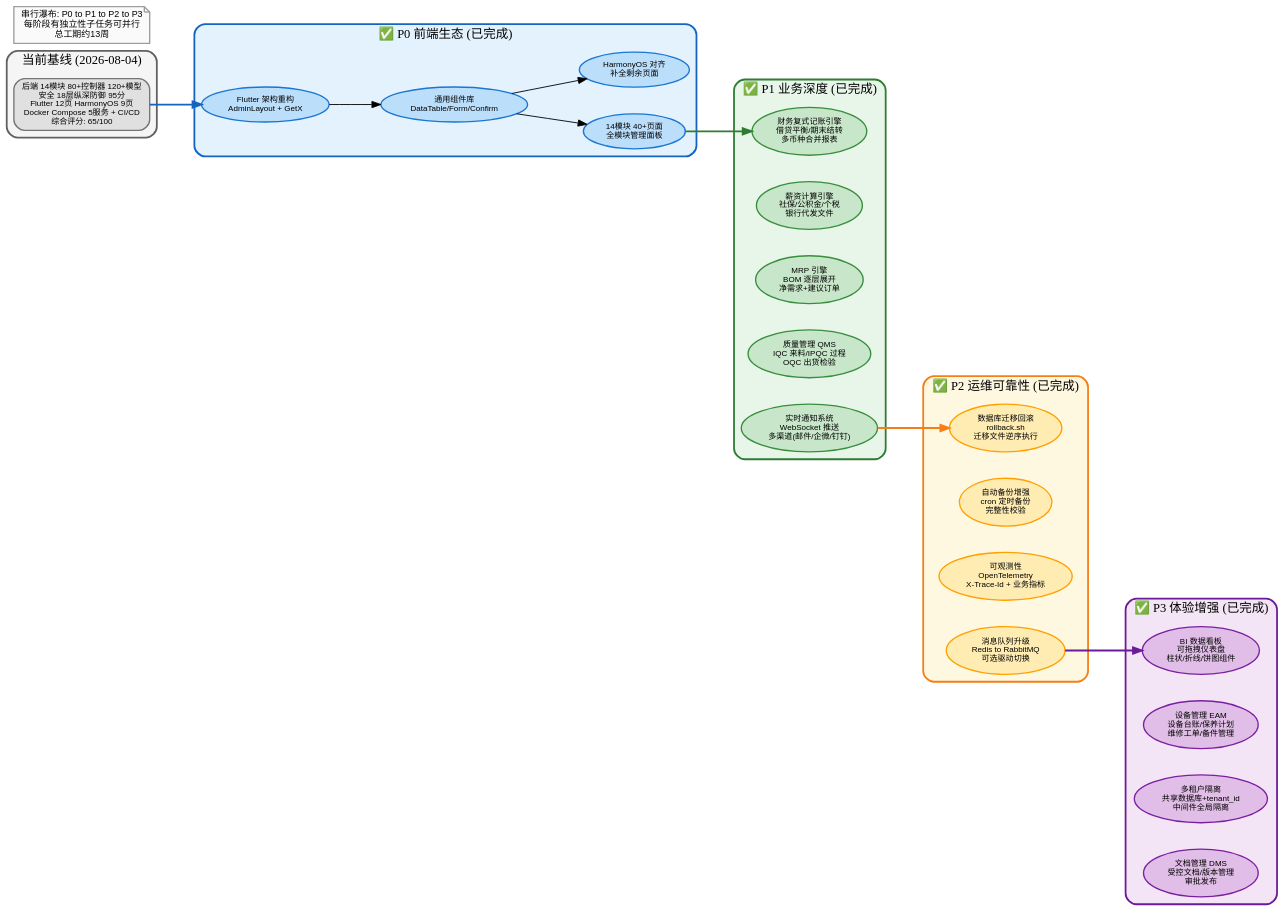
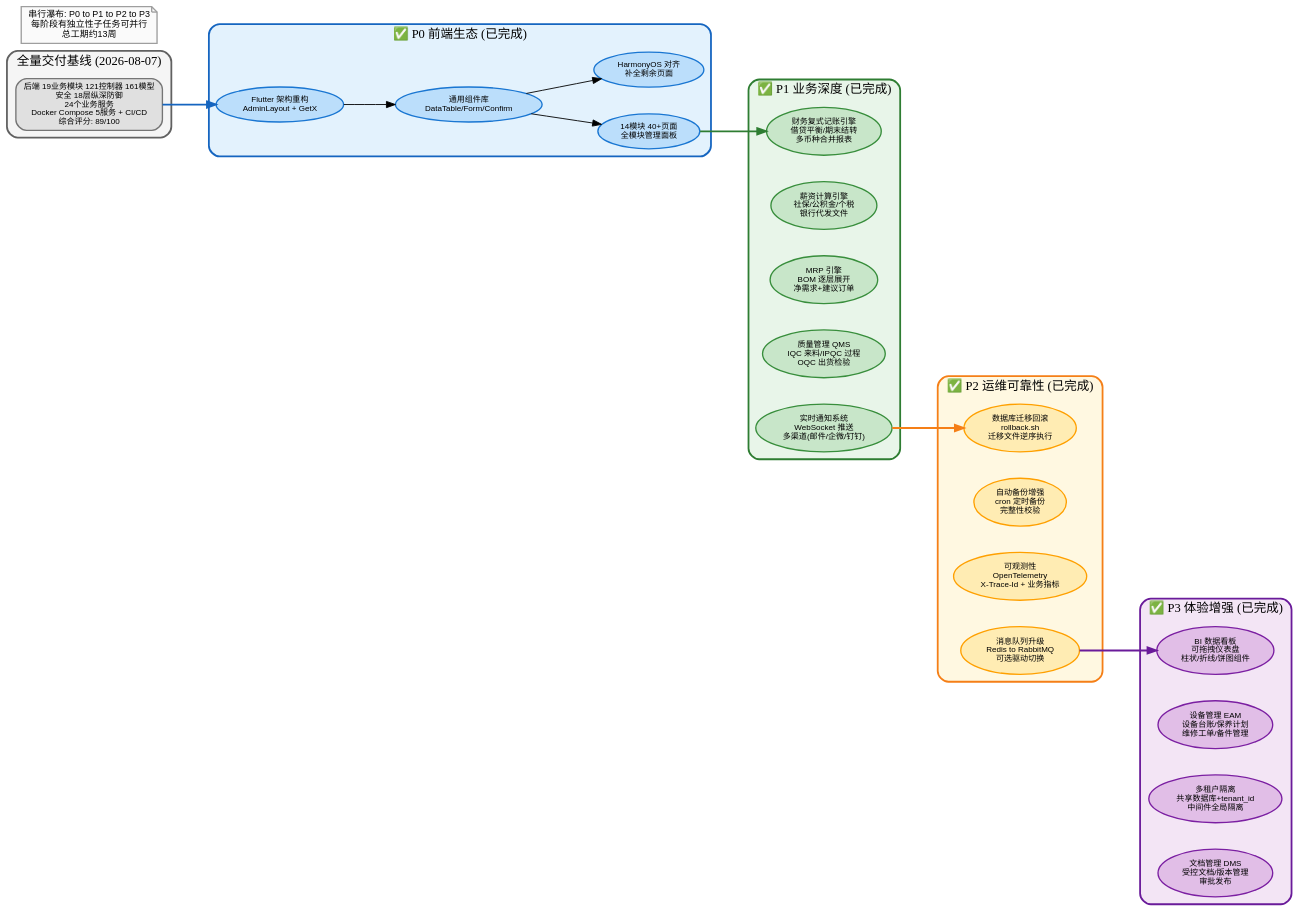
The diagram in docs/diagrams/roadmap-phases-cn.dot (erikwang2013/erp-php), drawn with Graphviz before and after one commit. The commit also changed 88 other files, not shown here.

```diff
--- a/docs/diagrams/roadmap-phases-cn.dot
+++ b/docs/diagrams/roadmap-phases-cn.dot
@@ -1,72 +1,72 @@
 digraph RoadmapPhasesCN {
     rankdir=LR;
     fontname="Arial";
     fontsize=14;
     bgcolor="transparent";
     nodesep=0.4;
     ranksep=0.8;
     compound=true;
 
     node [fontname="Arial", fontsize=10, style="filled,rounded", penwidth=1.5];
 
     subgraph cluster_p0 {
         label="✅ P0 前端生态 (已完成)";
         fontsize=14; fontname="Arial Bold";
         style="filled,rounded"; fillcolor="#e3f2fd"; color="#1565c0"; penwidth=2;
         node [fillcolor="#bbdefb", color="#1976d2", fontsize=9];
         p0a [label="Flutter 架构重构\nAdminLayout + GetX"];
         p0b [label="通用组件库\nDataTable/Form/Confirm"];
         p0c [label="14模块 40+页面\n全模块管理面板"];
         p0d [label="HarmonyOS 对齐\n补全剩余页面"];
         p0a -> p0b -> p0c; p0b -> p0d;
     }
 
     subgraph cluster_p1 {
         label="✅ P1 业务深度 (已完成)";
         fontsize=14; fontname="Arial Bold";
         style="filled,rounded"; fillcolor="#e8f5e9"; color="#2e7d32"; penwidth=2;
         node [fillcolor="#c8e6c9", color="#388e3c", fontsize=9];
         p1a [label="财务复式记账引擎\n借贷平衡/期末结转\n多币种合并报表"];
         p1b [label="薪资计算引擎\n社保/公积金/个税\n银行代发文件"];
         p1c [label="MRP 引擎\nBOM 逐层展开\n净需求+建议订单"];
         p1d [label="质量管理 QMS\nIQC 来料/IPQC 过程\nOQC 出货检验"];
         p1e [label="实时通知系统\nWebSocket 推送\n多渠道(邮件/企微/钉钉)"];
     }
 
     subgraph cluster_p2 {
         label="✅ P2 运维可靠性 (已完成)";
         fontsize=14; fontname="Arial Bold";
         style="filled,rounded"; fillcolor="#fff8e1"; color="#f57f17"; penwidth=2;
         node [fillcolor="#ffecb3", color="#ffa000", fontsize=9];
         p2a [label="数据库迁移回滚\nrollback.sh\n迁移文件逆序执行"];
         p2b [label="自动备份增强\ncron 定时备份\n完整性校验"];
         p2c [label="可观测性\nOpenTelemetry\nX-Trace-Id + 业务指标"];
         p2d [label="消息队列升级\nRedis to RabbitMQ\n可选驱动切换"];
     }
 
     subgraph cluster_p3 {
         label="✅ P3 体验增强 (已完成)";
         fontsize=14; fontname="Arial Bold";
         style="filled,rounded"; fillcolor="#f3e5f5"; color="#6a1b9a"; penwidth=2;
         node [fillcolor="#e1bee7", color="#7b1fa2", fontsize=9];
         p3a [label="BI 数据看板\n可拖拽仪表盘\n柱状/折线/饼图组件"];
         p3b [label="设备管理 EAM\n设备台账/保养计划\n维修工单/备件管理"];
         p3c [label="多租户隔离\n共享数据库+tenant_id\n中间件全局隔离"];
         p3d [label="文档管理 DMS\n受控文档/版本管理\n审批发布"];
     }
 
     subgraph cluster_current {
-        label="当前基线 (2026-08-04)";
+        label="全量交付基线 (2026-08-07)";
         fontsize=14; fontname="Arial Bold";
         style="filled,rounded"; fillcolor="#f5f5f5"; color="#616161"; penwidth=2;
         node [fillcolor="#e0e0e0", color="#757575", fontsize=9, shape="box"];
-        cur [label="后端 14模块 80+控制器 120+模型\n安全 18层纵深防御 95分\nFlutter 12页 HarmonyOS 9页\nDocker Compose 5服务 + CI/CD\n综合评分: 65/100"];
+        cur [label="后端 19业务模块 121控制器 161模型\n安全 18层纵深防御\n24个业务服务\nDocker Compose 5服务 + CI/CD\n综合评分: 89/100"];
     }
 
     cur -> p0a [color="#1565c0", penwidth=2];
     p0c -> p1a [color="#2e7d32", penwidth=2];
     p1e -> p2a [color="#f57f17", penwidth=2];
     p2d -> p3a [color="#6a1b9a", penwidth=2];
 
     legend [label="串行瀑布: P0 to P1 to P2 to P3\n每阶段有独立性子任务可并行\n总工期约13周", shape="note", fillcolor="#fafafa", color="#9e9e9e", fontsize=10];
 }
```
